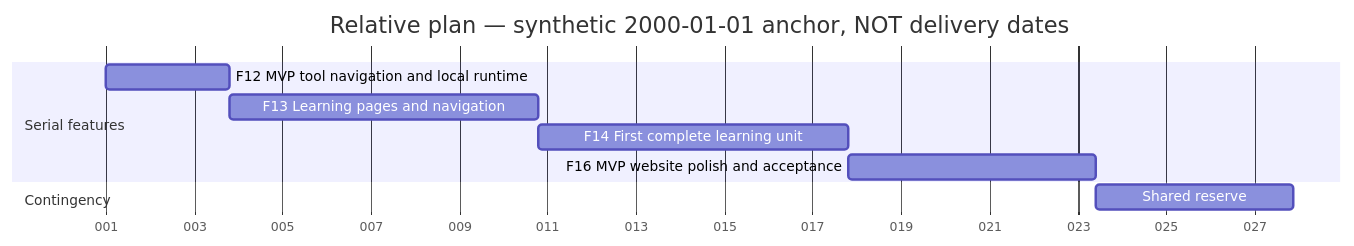
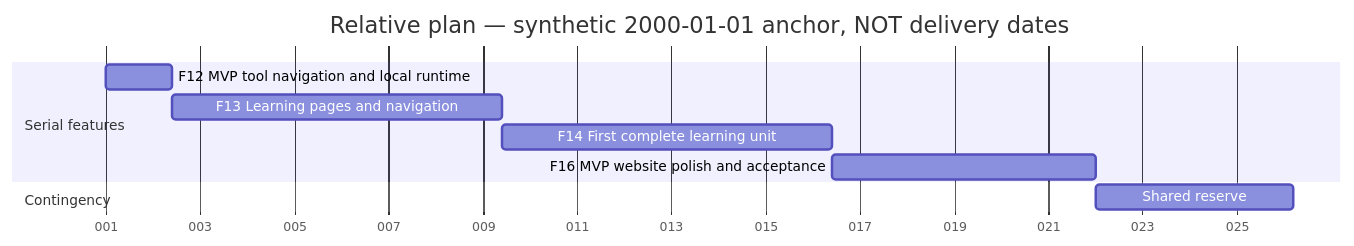
Before and after one commit to ziuld/beneath-the-code-page: the diagram in docs/planning/gantt.mmd, drawn with Mermaid. The commit also changed 31 other files, not shown here.

```diff
--- a/docs/planning/gantt.mmd
+++ b/docs/planning/gantt.mmd
@@ -1,11 +1,11 @@
 gantt
     title Relative plan — synthetic 2000-01-01 anchor, NOT delivery dates
     dateFormat YYYY-MM-DDTHH:mm
     axisFormat %j
     section Serial features
-    F12 MVP tool navigation and local runtime :F12, 2000-01-01T00:00, 2000-01-03T19:12
-    F13 Learning pages and navigation :F13, 2000-01-03T19:12, 2000-01-10T19:12
-    F14 First complete learning unit :F14, 2000-01-10T19:12, 2000-01-17T19:12
-    F16 MVP website polish and acceptance :F16, 2000-01-17T19:12, 2000-01-23T09:36
+    F12 MVP tool navigation and local runtime :F12, 2000-01-01T00:00, 2000-01-02T09:36
+    F13 Learning pages and navigation :F13, 2000-01-02T09:36, 2000-01-09T09:36
+    F14 First complete learning unit :F14, 2000-01-09T09:36, 2000-01-16T09:36
+    F16 MVP website polish and acceptance :F16, 2000-01-16T09:36, 2000-01-22T00:00
     section Contingency
-    Shared reserve :reserve, 2000-01-23T09:36, 2000-01-27T21:07
+    Shared reserve :reserve, 2000-01-22T00:00, 2000-01-26T04:48
```
